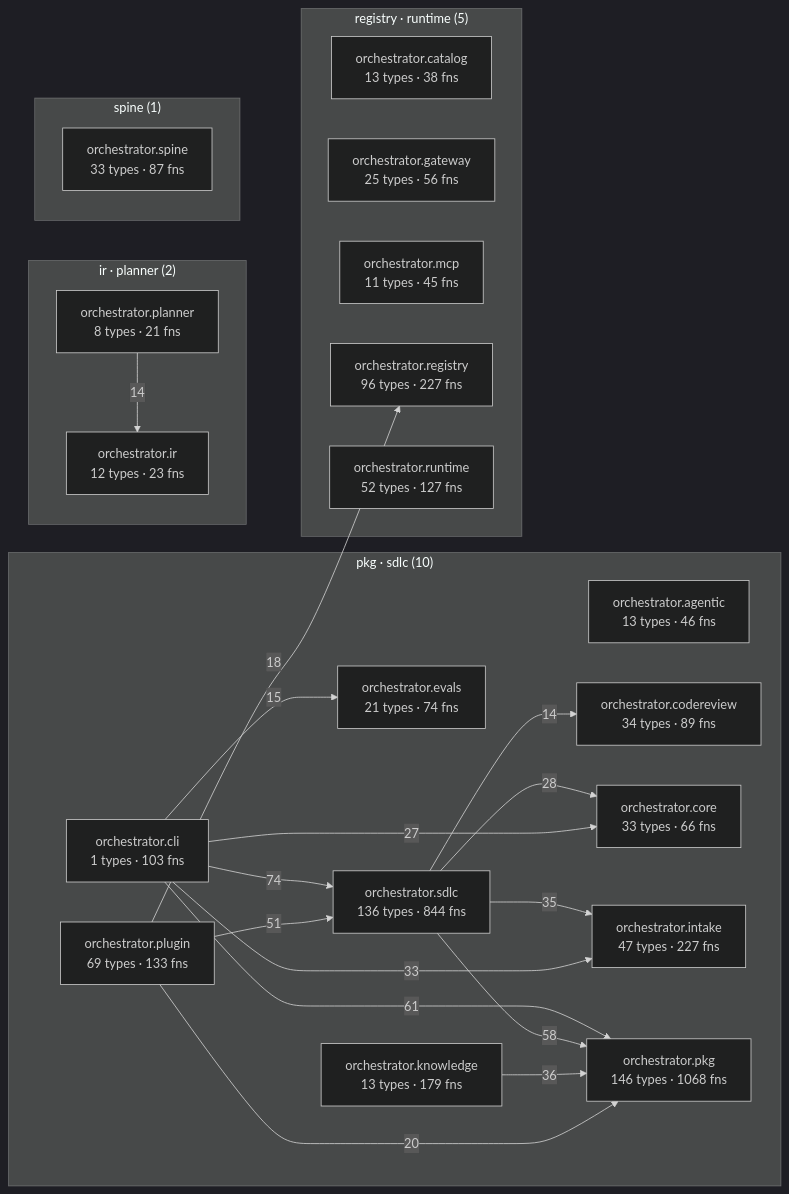
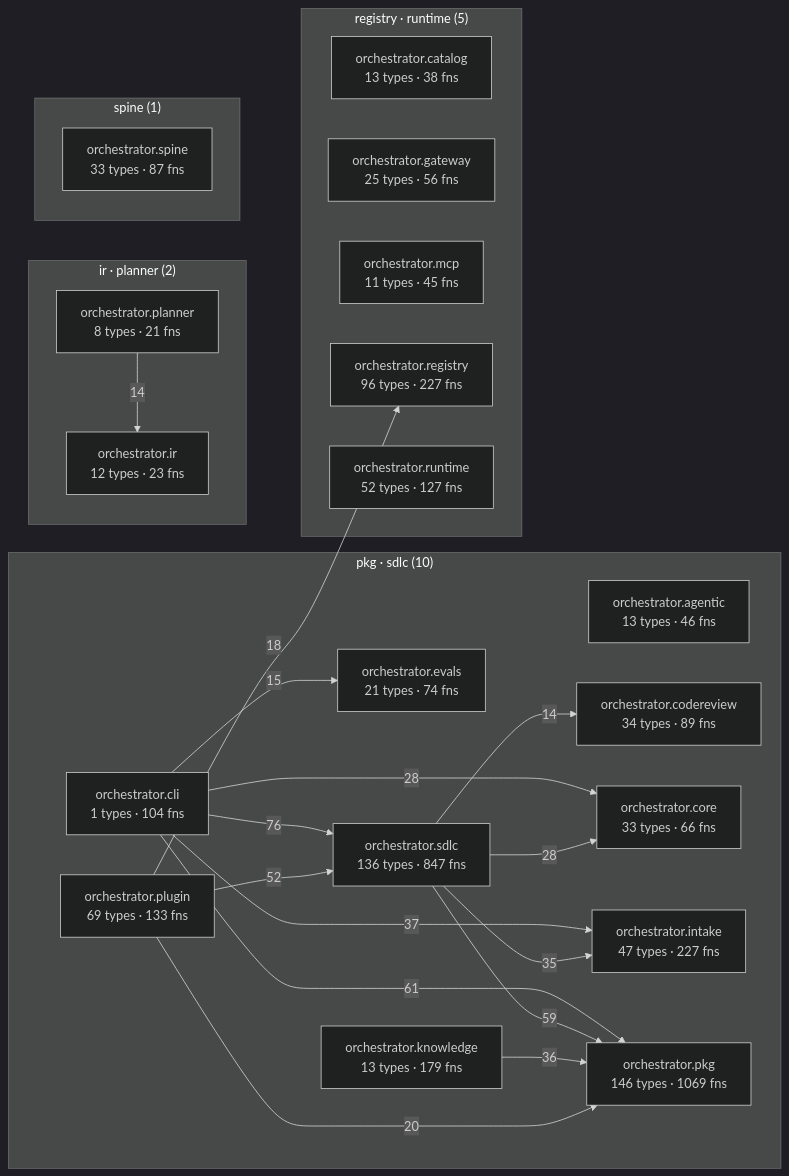
The diagram in episteme/architecture.md (palakupadhyay23/spine), drawn with Mermaid (dark theme) before and after one commit. The commit also changed other lines of this file and 23 other files, not shown here.

````diff
--- a/episteme/architecture.md
+++ b/episteme/architecture.md
@@ -54,43 +54,43 @@
 ```mermaid
 flowchart LR
   subgraph c_2["pkg · sdlc (10)"]
     aorchestratoragentic["orchestrator.agentic<br/>13 types · 46 fns"]
-    aorchestratorcli["orchestrator.cli<br/>1 types · 103 fns"]
+    aorchestratorcli["orchestrator.cli<br/>1 types · 104 fns"]
     aorchestratorcodereview["orchestrator.codereview<br/>34 types · 89 fns"]
     aorchestratorcore["orchestrator.core<br/>33 types · 66 fns"]
     aorchestratorevals["orchestrator.evals<br/>21 types · 74 fns"]
     aorchestratorintake["orchestrator.intake<br/>47 types · 227 fns"]
     aorchestratorknowledge["orchestrator.knowledge<br/>13 types · 179 fns"]
-    aorchestratorpkg["orchestrator.pkg<br/>146 types · 1068 fns"]
+    aorchestratorpkg["orchestrator.pkg<br/>146 types · 1069 fns"]
     aorchestratorplugin["orchestrator.plugin<br/>69 types · 133 fns"]
-    aorchestratorsdlc["orchestrator.sdlc<br/>136 types · 844 fns"]
+    aorchestratorsdlc["orchestrator.sdlc<br/>136 types · 847 fns"]
   end
   subgraph c_4["registry · runtime (5)"]
     aorchestratorcatalog["orchestrator.catalog<br/>13 types · 38 fns"]
     aorchestratorgateway["orchestrator.gateway<br/>25 types · 56 fns"]
     aorchestratormcp["orchestrator.mcp<br/>11 types · 45 fns"]
     aorchestratorregistry["orchestrator.registry<br/>96 types · 227 fns"]
     aorchestratorruntime["orchestrator.runtime<br/>52 types · 127 fns"]
   end
   subgraph c_7["ir · planner (2)"]
     aorchestratorir["orchestrator.ir<br/>12 types · 23 fns"]
     aorchestratorplanner["orchestrator.planner<br/>8 types · 21 fns"]
   end
   subgraph c_12["spine (1)"]
     aorchestratorspine["orchestrator.spine<br/>33 types · 87 fns"]
   end
-  aorchestratorcli -->|74| aorchestratorsdlc
+  aorchestratorcli -->|76| aorchestratorsdlc
   aorchestratorcli -->|61| aorchestratorpkg
-  aorchestratorsdlc -->|58| aorchestratorpkg
-  aorchestratorplugin -->|51| aorchestratorsdlc
+  aorchestratorsdlc -->|59| aorchestratorpkg
+  aorchestratorplugin -->|52| aorchestratorsdlc
+  aorchestratorcli -->|37| aorchestratorintake
   aorchestratorknowledge -->|36| aorchestratorpkg
   aorchestratorsdlc -->|35| aorchestratorintake
-  aorchestratorcli -->|33| aorchestratorintake
+  aorchestratorcli -->|28| aorchestratorcore
   aorchestratorsdlc -->|28| aorchestratorcore
-  aorchestratorcli -->|27| aorchestratorcore
   aorchestratorplugin -->|20| aorchestratorpkg
   aorchestratorplugin -->|18| aorchestratorregistry
   aorchestratorcli -->|15| aorchestratorevals
   aorchestratorplanner -->|14| aorchestratorir
   aorchestratorsdlc -->|14| aorchestratorcodereview
 ```
````
